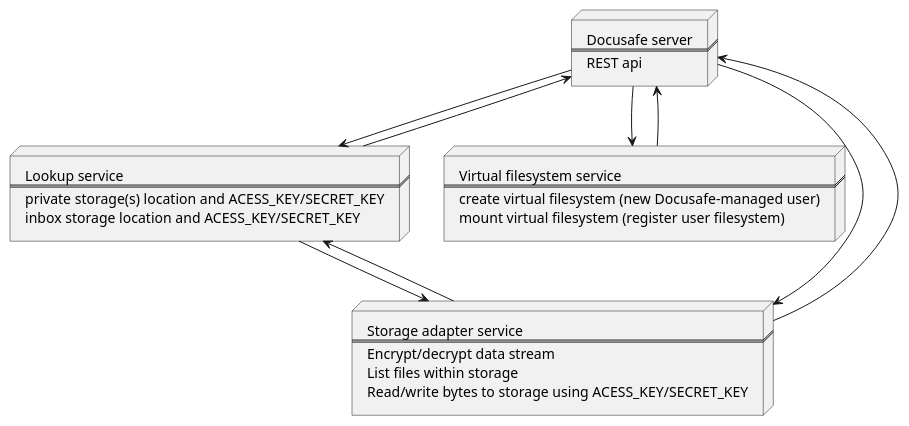
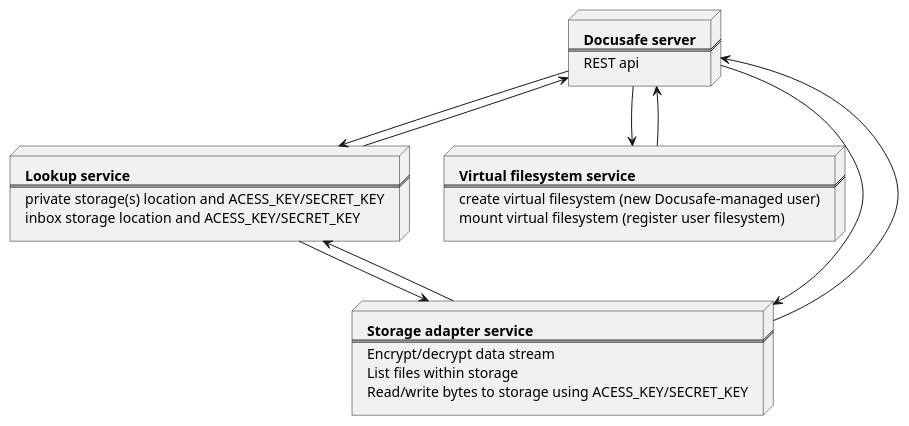
Before and after one commit to adorsys/datasafe: the diagram in docs/diagrams/top_level.puml, drawn with PlantUML. The commit also changed 3 other files, not shown here.

```diff
--- a/docs/diagrams/top_level.puml
+++ b/docs/diagrams/top_level.puml
@@ -1,36 +1,36 @@
 @startuml
 
 node ds [
-  Docusafe server
+  **Docusafe server**
   ===
   REST api
 ]
 node ls [
-  Lookup service
+  **Lookup service**
   ===
   private storage(s) location and ACESS_KEY/SECRET_KEY
   inbox storage location and ACESS_KEY/SECRET_KEY
 ]
 node vfs [
-  Virtual filesystem service
+  **Virtual filesystem service**
   ===
   create virtual filesystem (new Docusafe-managed user)
   mount virtual filesystem (register user filesystem)
 ]
 node sas [
-  Storage adapter service
+  **Storage adapter service**
   ===
   Encrypt/decrypt data stream
   List files within storage
   Read/write bytes to storage using ACESS_KEY/SECRET_KEY
 ]
 
 ds -down-> ls
 ls -down-> ds
 ds -down-> vfs
 vfs -down-> ds
 ds -down-> sas
 sas -down-> ds
 ls -down-> sas
 sas -down-> ls
 @enduml
```
